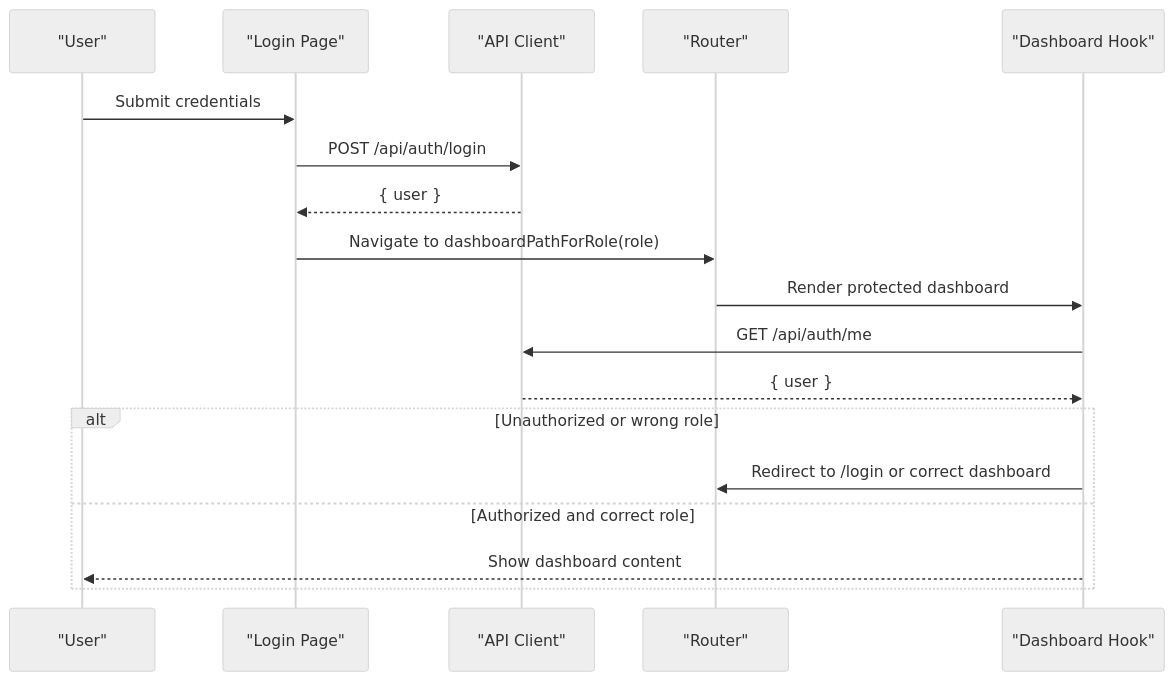
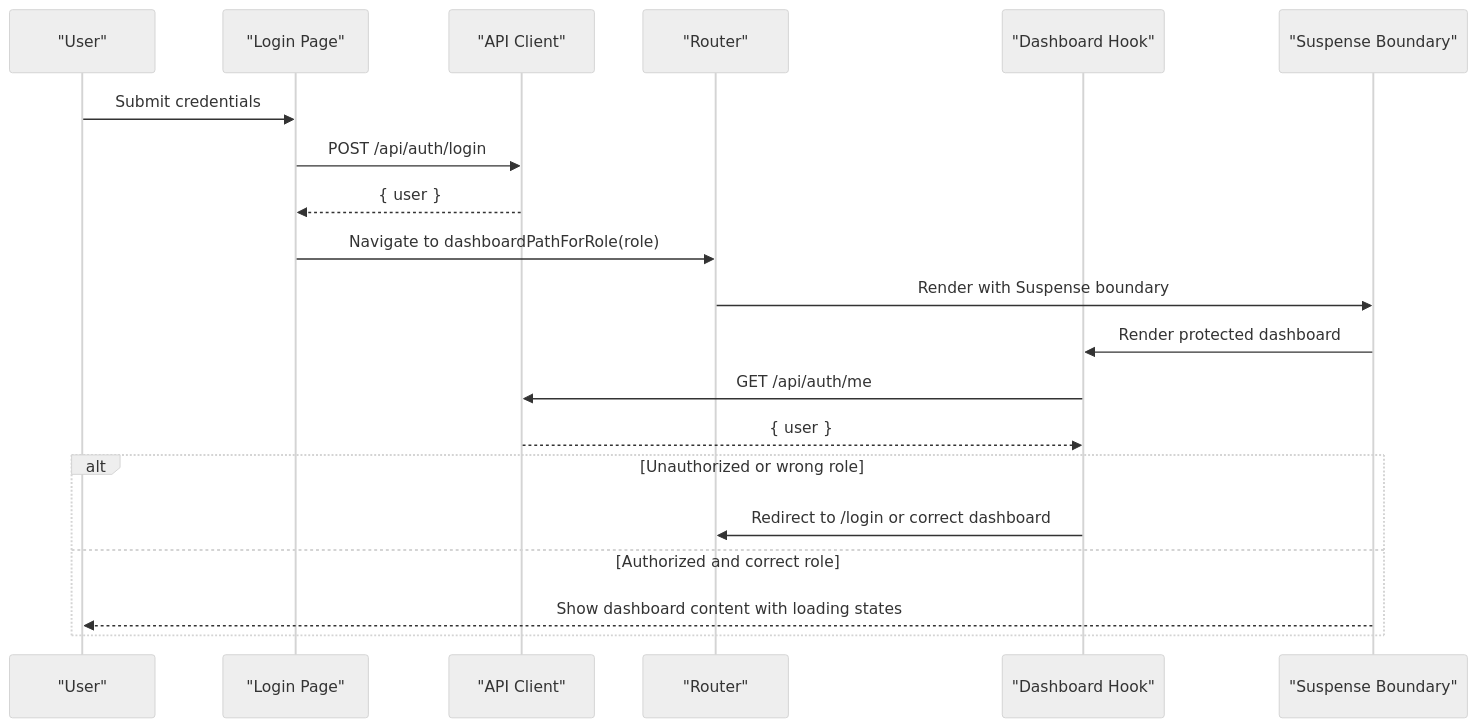
The second of 6 diagrams in .qoder/repowiki/en/content/Frontend Architecture/Routing & Navigation System.md (ZandileMkontwana/olympiad-portal), drawn with Mermaid (neutral theme) before and after one commit. The commit also changed other lines of this file and 5 other files, not shown here.

````diff
--- a/.qoder/repowiki/en/content/Frontend Architecture/Routing & Navigation System.md
+++ b/.qoder/repowiki/en/content/Frontend Architecture/Routing & Navigation System.md
@@ -98,20 +109,22 @@
 ```mermaid
 sequenceDiagram
 participant U as "User"
 participant L as "Login Page"
 participant A as "API Client"
 participant R as "Router"
 participant H as "Dashboard Hook"
+participant S as "Suspense Boundary"
 U->>L : Submit credentials
 L->>A : POST /api/auth/login
 A-->>L : { user }
 L->>R : Navigate to dashboardPathForRole(role)
-R->>H : Render protected dashboard
+R->>S : Render with Suspense boundary
+S->>H : Render protected dashboard
 H->>A : GET /api/auth/me
 A-->>H : { user }
 alt Unauthorized or wrong role
 H->>R : Redirect to /login or correct dashboard
 else Authorized and correct role
-H-->>U : Show dashboard content
+S-->>U : Show dashboard content with loading states
 end
 ```
````
